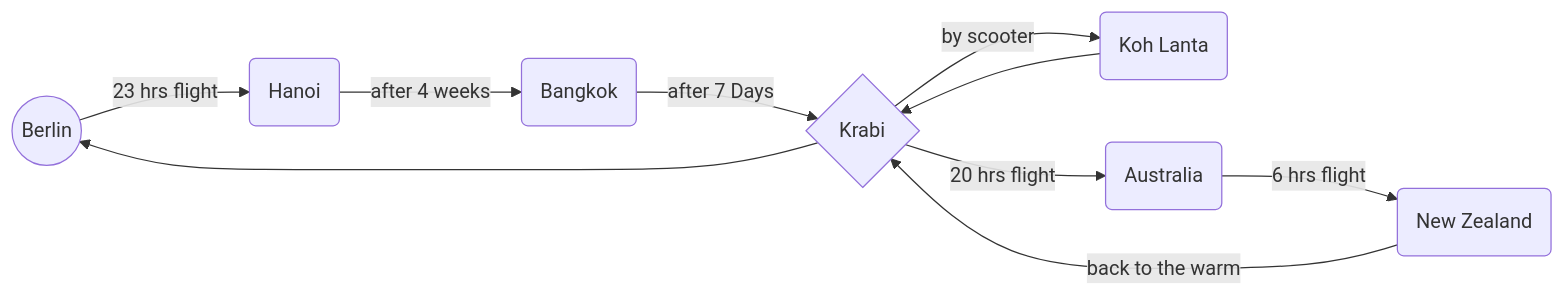
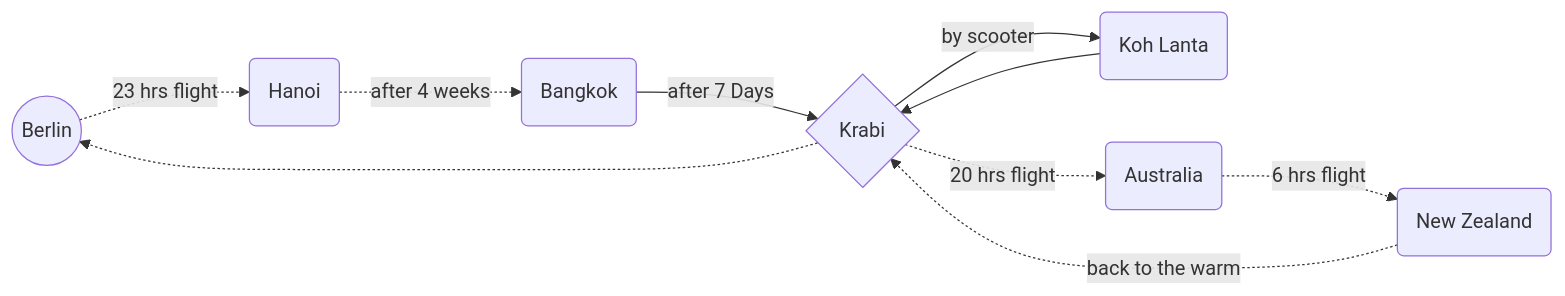
Before and after one commit to WildCodeSchool/2023-01-EN-Berlin-Remote2-Markdown: the diagram in lisa-roehrig.md, drawn with Mermaid. The commit also changed other lines of this file, not shown here.

Commit message:
Updated the chart

````diff
--- a/lisa-roehrig.md
+++ b/lisa-roehrig.md
@@ -29,13 +27,13 @@
 ```mermaid
 graph LR
-    A((Berlin)) -- 23 hrs flight --> B(Hanoi)
-    B -- after 4 weeks --> C(Bangkok)
-    C -- after 7 Days--> D{Krabi}
+    A((Berlin)) -. 23 hrs flight .-> B(Hanoi)
+    B -. after 4 weeks .-> C(Bangkok)
+    C -- after 7 Days --> D{Krabi}
     D -- by scooter --> E(Koh Lanta)
     E --> D
-    D -- 20 hrs flight --> F(Australia)
-    F -- 6 hrs flight --> G(New Zealand)
-    G -- back to the warm --> D
-    D --> A
+    D -. 20 hrs flight .-> F(Australia)
+    F -. 6 hrs flight .-> G(New Zealand)
+    G -. back to the warm .-> D
+    D-.->A
 
 ```
````
